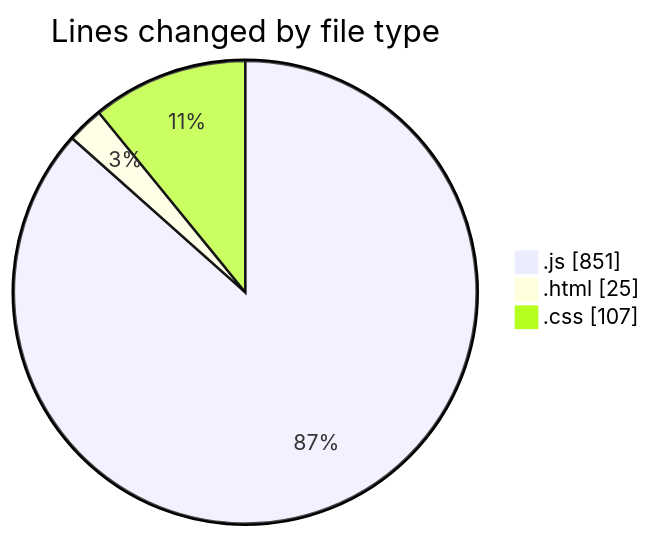
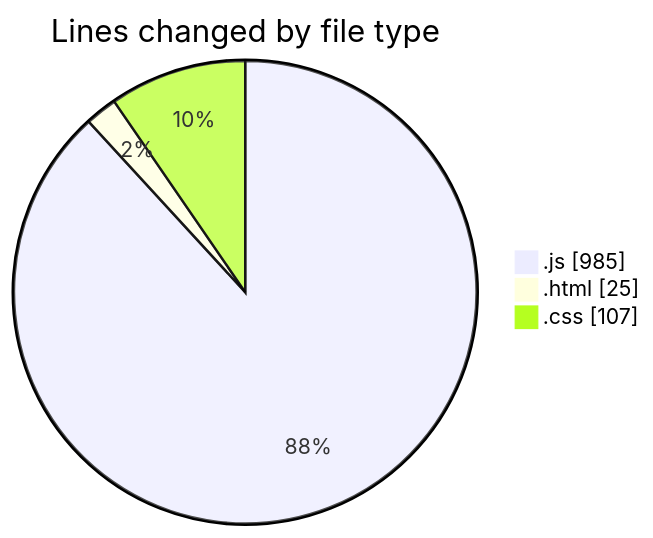
Before and after one commit to Ritupan-Deka/code-tracking: the first of 2 diagrams in 2025-01-19/typing_game/README.md, drawn with Mermaid. The commit also changed other lines of this file and 1 other file, not shown here.

````diff
--- a/2025-01-19/typing_game/README.md
+++ b/2025-01-19/typing_game/README.md
@@ -22,7 +22,7 @@
 ```mermaid
 pie showData
 title Lines changed by file type
-".js" : 851
+".js" : 985
 ".html" : 25
 ".css" : 107
 ```
````
